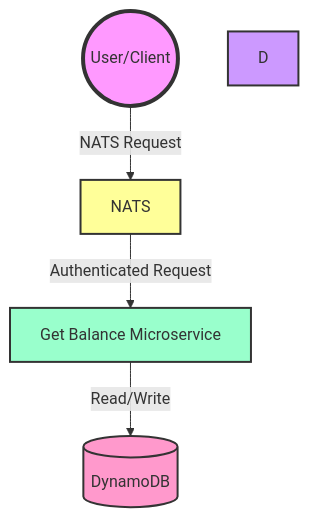
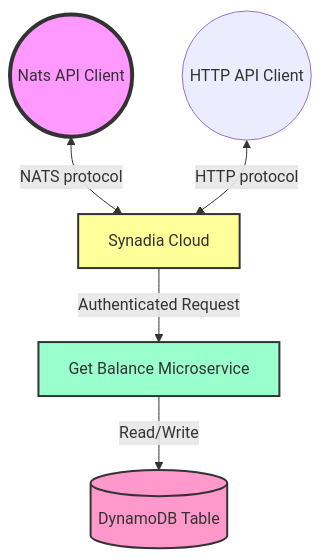
Before and after one commit to aws-samples/sqs-fargate-ddb-cdk-go: the diagram in README.md, drawn with Mermaid. The commit also changed other lines of this file and 2 other files, not shown here.

````diff
--- a/README.md
+++ b/README.md
@@ -11,17 +10,18 @@
 ```mermaid
 graph TD
-    U((User/Client))
-    T[NATS]
+    U((Nats API Client))
+    U2((HTTP API Client))
+    T[Synadia Cloud]
     B[Get Balance Microservice]
-    C[(DynamoDB)]
+    C[(DynamoDB Table)]
 
-    U -->|NATS Request| T
+    U <-->|NATS protocol| T
+    U2 <-->|HTTP protocol| T
     T -->|Authenticated Request| B
     B -->|Read/Write| C
 
     style U fill:#f9f,stroke:#333,stroke-width:4px
     style T fill:#ff9,stroke:#333,stroke-width:2px
     style B fill:#9fc,stroke:#333,stroke-width:2px
     style C fill:#f9c,stroke:#333,stroke-width:2px
-    style D fill:#c9f,stroke:#333,stroke-width:2px
 ```
````
